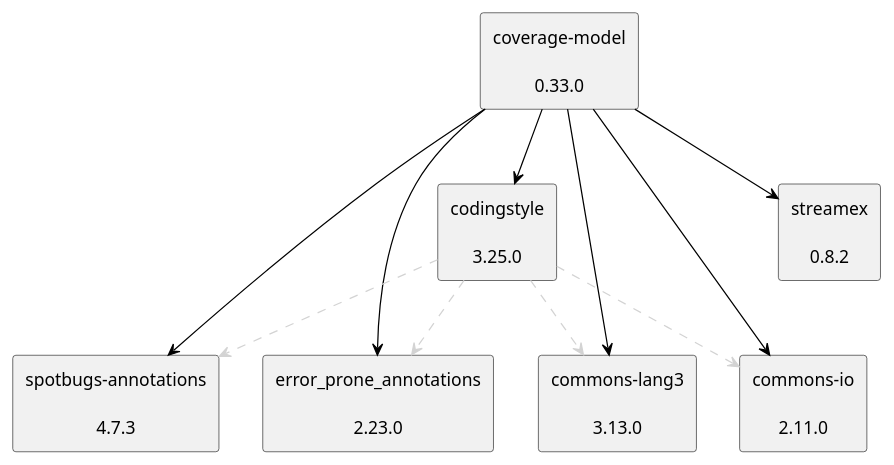
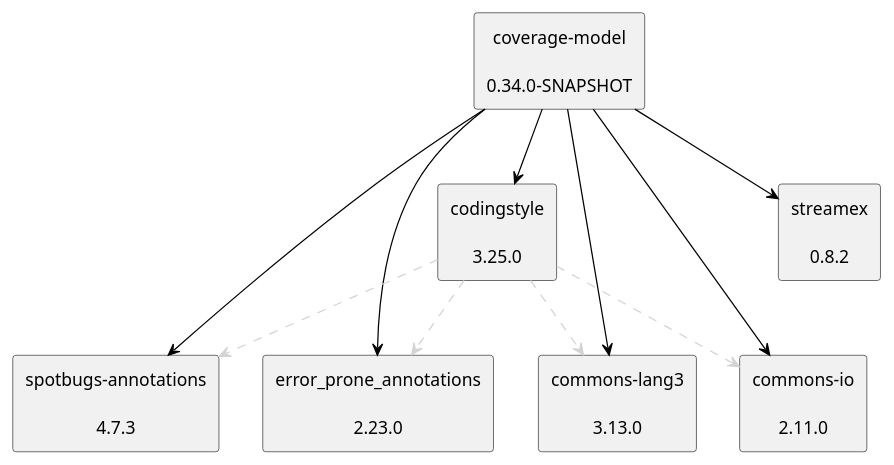
Before and after one commit to jenkinsci/coverage-model: the diagram in doc/dependency-graph.puml, drawn with PlantUML. The commit also changed 1 other file, not shown here.

```diff
--- a/doc/dependency-graph.puml
+++ b/doc/dependency-graph.puml
@@ -1,26 +1,26 @@
 @startuml
 skinparam defaultTextAlignment center
 skinparam rectangle {
   BackgroundColor<<optional>> beige
   BackgroundColor<<test>> lightGreen
   BackgroundColor<<runtime>> lightBlue
   BackgroundColor<<provided>> lightGray
 }
-rectangle "coverage-model\n\n0.33.0" as edu_hm_hafner_coverage_model_jar
+rectangle "coverage-model\n\n0.34.0-SNAPSHOT" as edu_hm_hafner_coverage_model_jar
 rectangle "spotbugs-annotations\n\n4.7.3" as com_github_spotbugs_spotbugs_annotations_jar
 rectangle "error_prone_annotations\n\n2.23.0" as com_google_errorprone_error_prone_annotations_jar
 rectangle "streamex\n\n0.8.2" as one_util_streamex_jar
 rectangle "codingstyle\n\n3.25.0" as edu_hm_hafner_codingstyle_jar
 rectangle "commons-lang3\n\n3.13.0" as org_apache_commons_commons_lang3_jar
 rectangle "commons-io\n\n2.11.0" as commons_io_commons_io_jar
 edu_hm_hafner_coverage_model_jar -[#000000]-> com_github_spotbugs_spotbugs_annotations_jar
 edu_hm_hafner_coverage_model_jar -[#000000]-> com_google_errorprone_error_prone_annotations_jar
 edu_hm_hafner_coverage_model_jar -[#000000]-> one_util_streamex_jar
 edu_hm_hafner_codingstyle_jar .[#D3D3D3].> com_github_spotbugs_spotbugs_annotations_jar
 edu_hm_hafner_codingstyle_jar .[#D3D3D3].> com_google_errorprone_error_prone_annotations_jar
 edu_hm_hafner_codingstyle_jar .[#D3D3D3].> org_apache_commons_commons_lang3_jar
 edu_hm_hafner_codingstyle_jar .[#D3D3D3].> commons_io_commons_io_jar
 edu_hm_hafner_coverage_model_jar -[#000000]-> edu_hm_hafner_codingstyle_jar
 edu_hm_hafner_coverage_model_jar -[#000000]-> org_apache_commons_commons_lang3_jar
 edu_hm_hafner_coverage_model_jar -[#000000]-> commons_io_commons_io_jar
 @enduml
```
